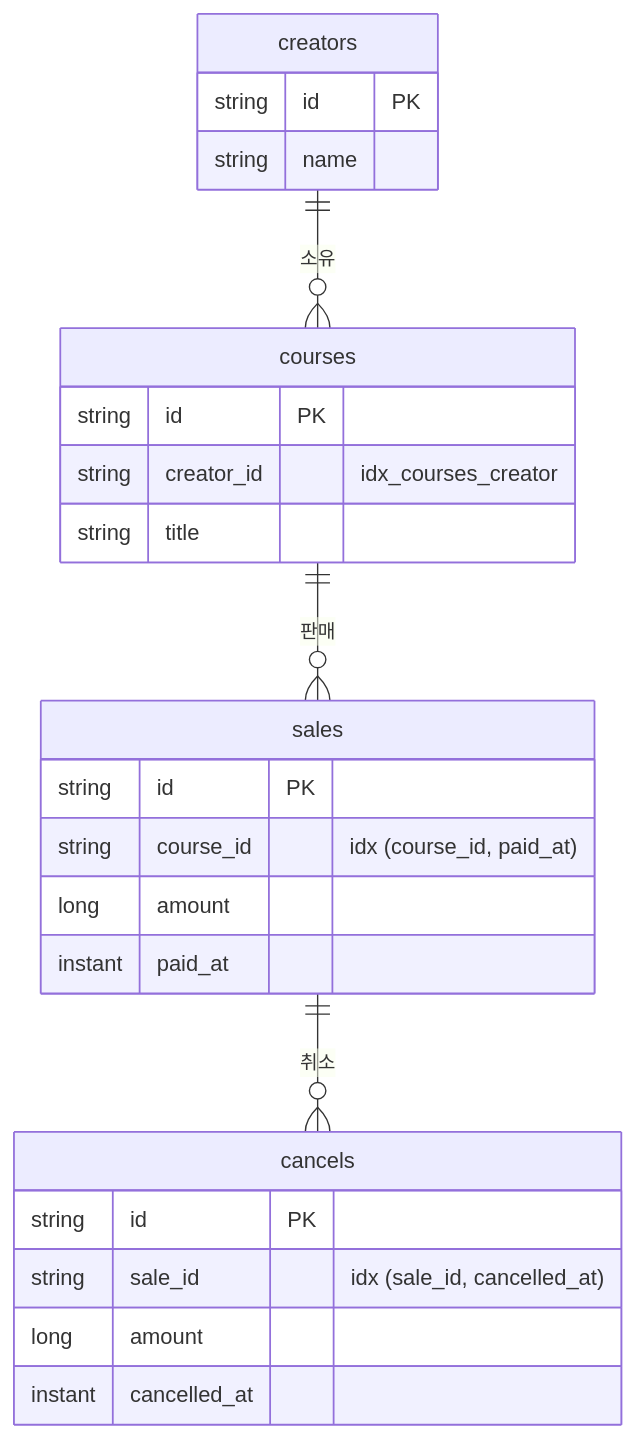
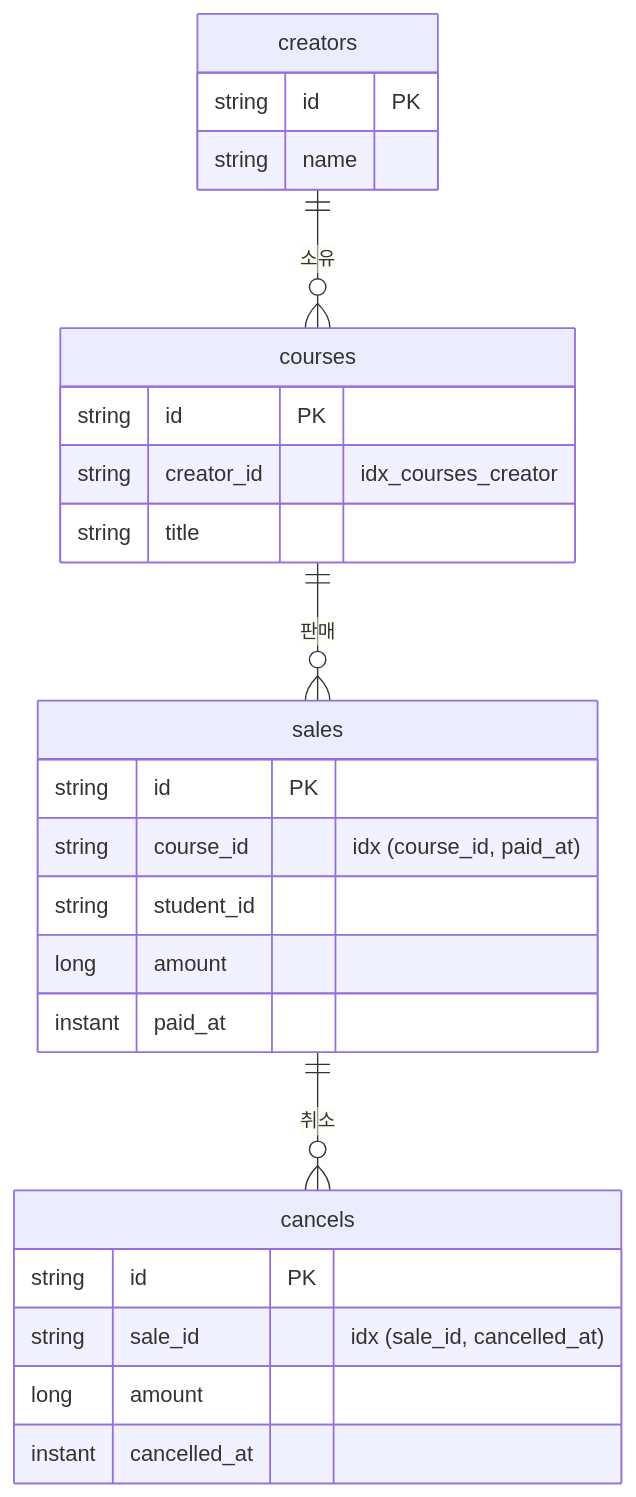
Before and after one commit to hrllk/settlement-api: the diagram in docs/02-데이터-모델과-영속성.md, drawn with Mermaid. The commit also changed other lines of this file and 19 other files, not shown here.

````diff
--- a/docs/02-데이터-모델과-영속성.md
+++ b/docs/02-데이터-모델과-영속성.md
@@ -15,28 +15,29 @@
 ```mermaid
 erDiagram
     creators ||--o{ courses : "소유"
     courses  ||--o{ sales   : "판매"
     sales    ||--o{ cancels : "취소"
 
     creators {
         string id PK
         string name
     }
     courses {
         string id PK
         string creator_id "idx_courses_creator"
         string title
     }
     sales {
         string id PK
         string course_id "idx (course_id, paid_at)"
+        string student_id
         long amount
         instant paid_at
     }
     cancels {
         string id PK
         string sale_id "idx (sale_id, cancelled_at)"
         long amount
         instant cancelled_at
     }
 ```
````
